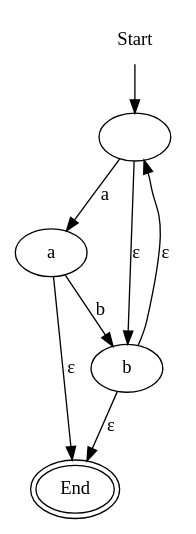
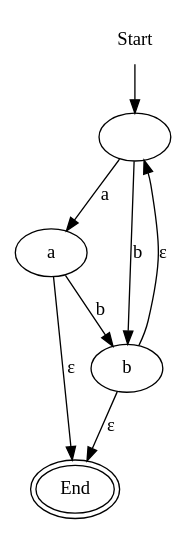
Before and after one commit to Jegp/BPRD2013: the diagram in Week36/3.2.nfa.dot, drawn with Graphviz. The commit also changed 1 other file, not shown here.

```diff
--- a/Week36/3.2.nfa.dot
+++ b/Week36/3.2.nfa.dot
@@ -1,14 +1,14 @@
 digraph nfa {
 
 	node [peripheries=0] {Start};
 	node [peripheries=1] {};
 	Start -> Whatever;
 	Whatever [label=" "];
 	Whatever -> a [label=a];
-	Whatever -> b [label=ε];
+	Whatever -> b [label=b];
 	a -> b [label=b];
 	a -> End [label=ε];
 	b -> Whatever [label=ε];
 	b -> End [label=ε];
 	End [peripheries=2];
 }
```
